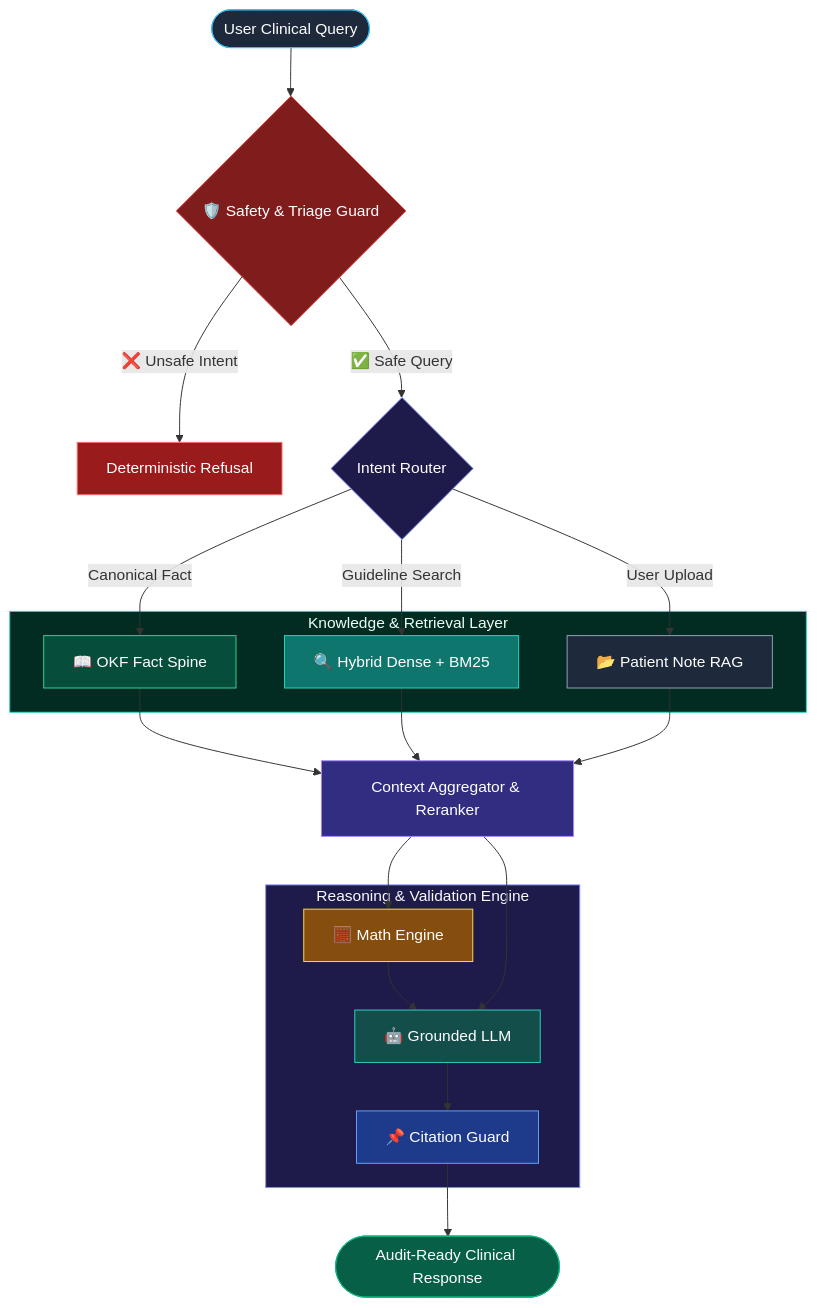
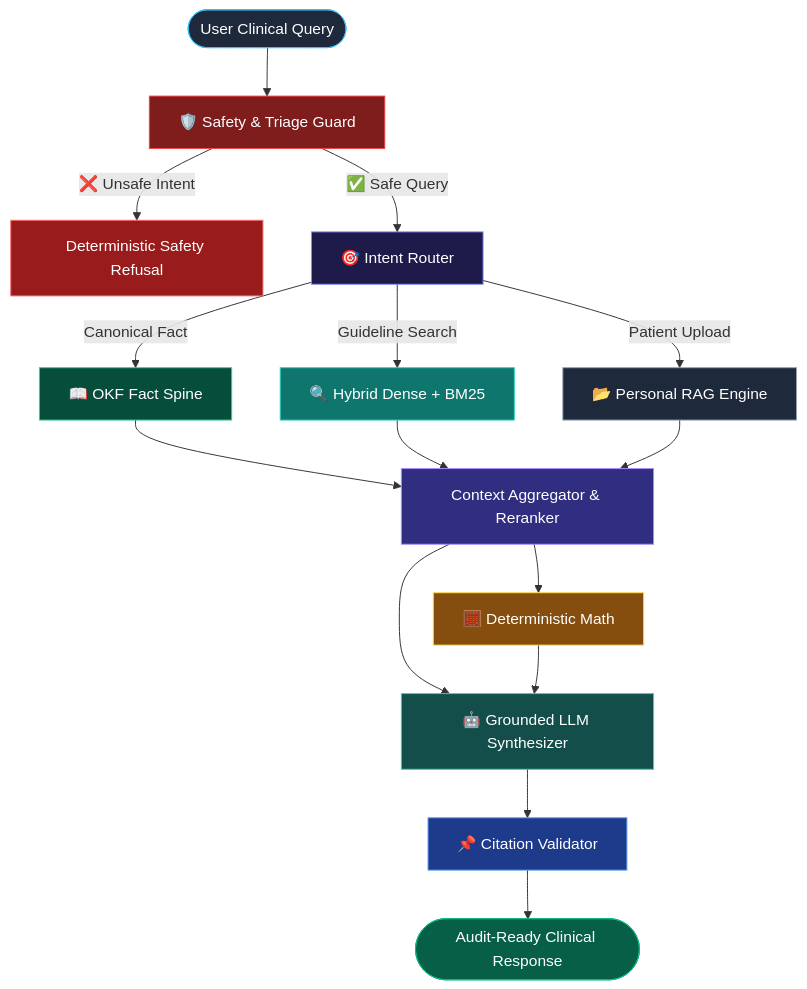
One commit to jeevesh2515/clinical-rag-agent changed the diagram in README.md. Above: the diagram before and after it, drawn with Mermaid.

Commit message:
feat(dag): flatten Mermaid graph and remove ballooning diamond nodes

````diff
--- a/README.md
+++ b/README.md
@@ -44,45 +44,30 @@
 ```mermaid
-flowchart TD
-    Q([User Clinical Query]) --> SG{🛡️ Safety & Triage Guard}
+graph TD
+    Q([User Clinical Query]) --> SG[🛡️ Safety & Triage Guard]
+    SG -->|❌ Unsafe Intent| REF[Deterministic Safety Refusal]
+    SG -->|✅ Safe Query| R[🎯 Intent Router]
     
-    SG -->|❌ Unsafe Intent| REF[Deterministic Refusal]
-    SG -->|✅ Safe Query| R{Intent Router}
+    R -->|Canonical Fact| OKF[📖 OKF Fact Spine]
+    R -->|Guideline Search| HYB[🔍 Hybrid Dense + BM25]
+    R -->|Patient Upload| DOC[📂 Personal RAG Engine]
     
-    subgraph KNOWLEDGE["Knowledge & Retrieval Layer"]
-        OKF[📖 OKF Fact Spine]
-        HYB[🔍 Hybrid Dense + BM25]
-        DOC[📂 Patient Note RAG]
-    end
-
-    R -->|Canonical Fact| OKF
-    R -->|Guideline Search| HYB
-    R -->|User Upload| DOC
-
-    OKF & HYB & DOC --> MERGE[Context Aggregator & Reranker]
-    
-    subgraph SYNTH["Reasoning & Validation Engine"]
-        CALC[🧮 Math Engine]
-        LLM[🤖 Grounded LLM]
-        CITE[📌 Citation Guard]
-    end
-
-    MERGE --> CALC --> LLM --> CITE
-    MERGE --> LLM
-
+    OKF & HYB & DOC --> M[Context Aggregator & Reranker]
+    M --> CALC[🧮 Deterministic Math]
+    M --> LLM[🤖 Grounded LLM Synthesizer]
+    CALC --> LLM
+    LLM --> CITE[📌 Citation Validator]
     CITE --> OUT([Audit-Ready Clinical Response])
 
     style Q fill:#1E293B,stroke:#38BDF8,color:#FFFFFF
     style SG fill:#7F1D1D,stroke:#EF4444,color:#FFFFFF
     style REF fill:#991B1B,stroke:#F87171,color:#FFFFFF
     style R fill:#1E1B4B,stroke:#818CF8,color:#FFFFFF
-    style KNOWLEDGE fill:#022C22,stroke:#2DD4BF,color:#F0FDF4
     style OKF fill:#064E3B,stroke:#34D399,color:#FFFFFF
     style HYB fill:#0F766E,stroke:#2DD4BF,color:#FFFFFF
     style DOC fill:#1E293B,stroke:#94A3B8,color:#FFFFFF
-    style MERGE fill:#312E81,stroke:#A78BFA,color:#FFFFFF
-    style SYNTH fill:#1E1B4B,stroke:#818CF8,color:#F8FAFC
+    style M fill:#312E81,stroke:#A78BFA,color:#FFFFFF
     style CALC fill:#854D0E,stroke:#FDE047,color:#FFFFFF
     style LLM fill:#134E4A,stroke:#2DD4BF,color:#FFFFFF
     style CITE fill:#1E3A8A,stroke:#60A5FA,color:#FFFFFF
     style OUT fill:#065F46,stroke:#10B981,color:#FFFFFF
 ```
````
